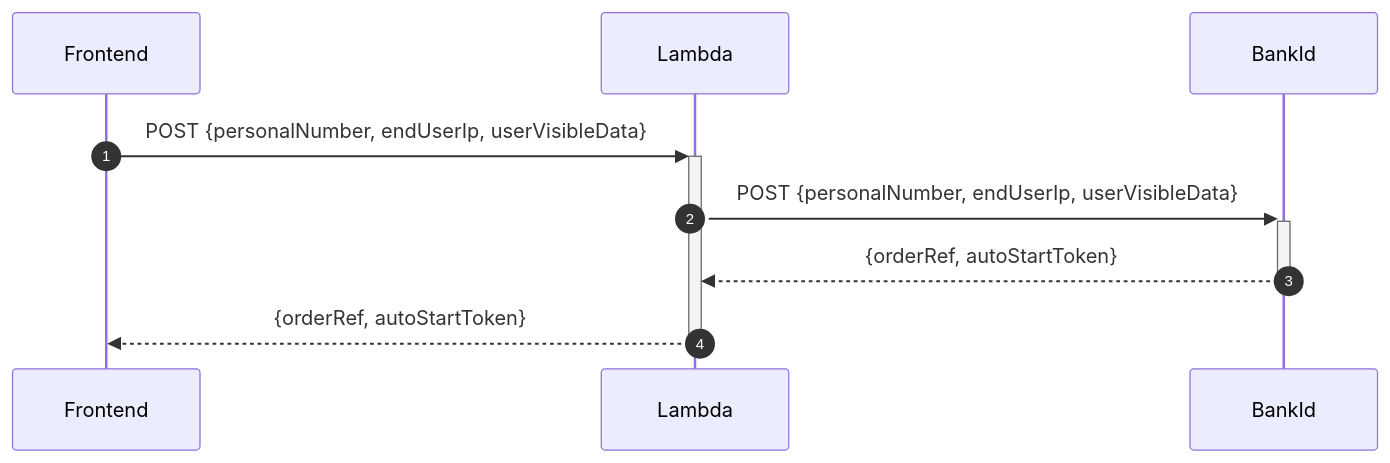
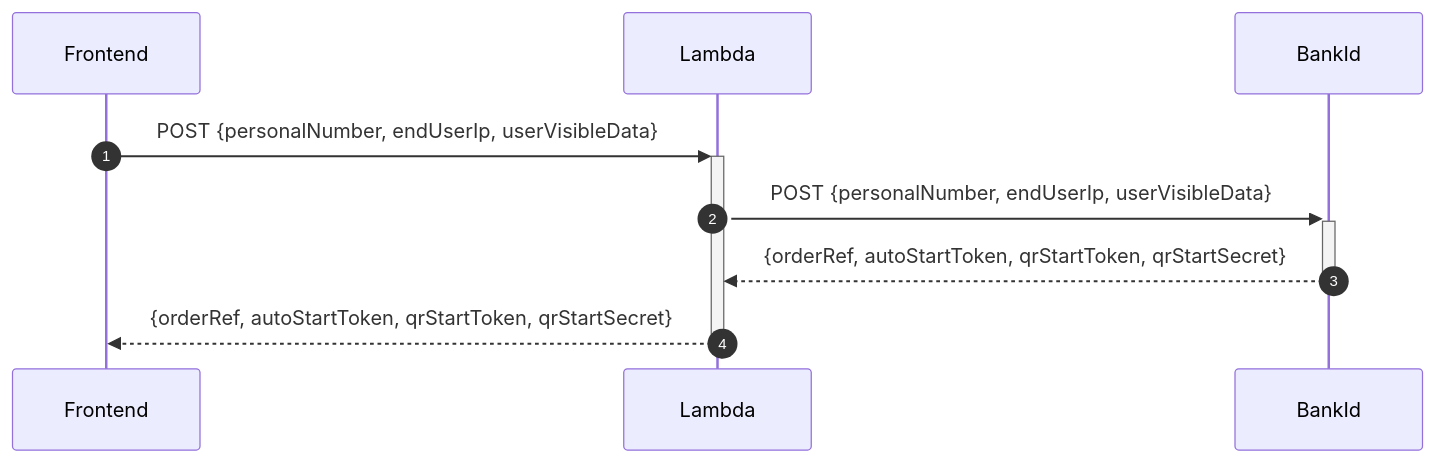
One commit to helsingborg-stad/helsingborg-io-sls-api changed the fourth of 4 diagrams in services/bankid-api/README.md. Above: the diagram before and after it, drawn with Mermaid. The commit also changed other lines of this file, not shown here.

Commit message:
docs: ✏️ (bankid) minors

````diff
--- a/services/bankid-api/README.md
+++ b/services/bankid-api/README.md
@@ -290,12 +290,12 @@
 ```mermaid
 sequenceDiagram
     autonumber
     participant Frontend
     participant Lambda
     participant BankId
 
     Frontend->>+Lambda: POST {personalNumber, endUserIp, userVisibleData}
     Lambda->>+BankId: POST {personalNumber, endUserIp, userVisibleData}
-    BankId-->>-Lambda: {orderRef, autoStartToken}
-    Lambda-->>-Frontend: {orderRef, autoStartToken}
+    BankId-->>-Lambda: {orderRef, autoStartToken, qrStartToken, qrStartSecret}
+    Lambda-->>-Frontend: {orderRef, autoStartToken, qrStartToken, qrStartSecret}
 ```
````
